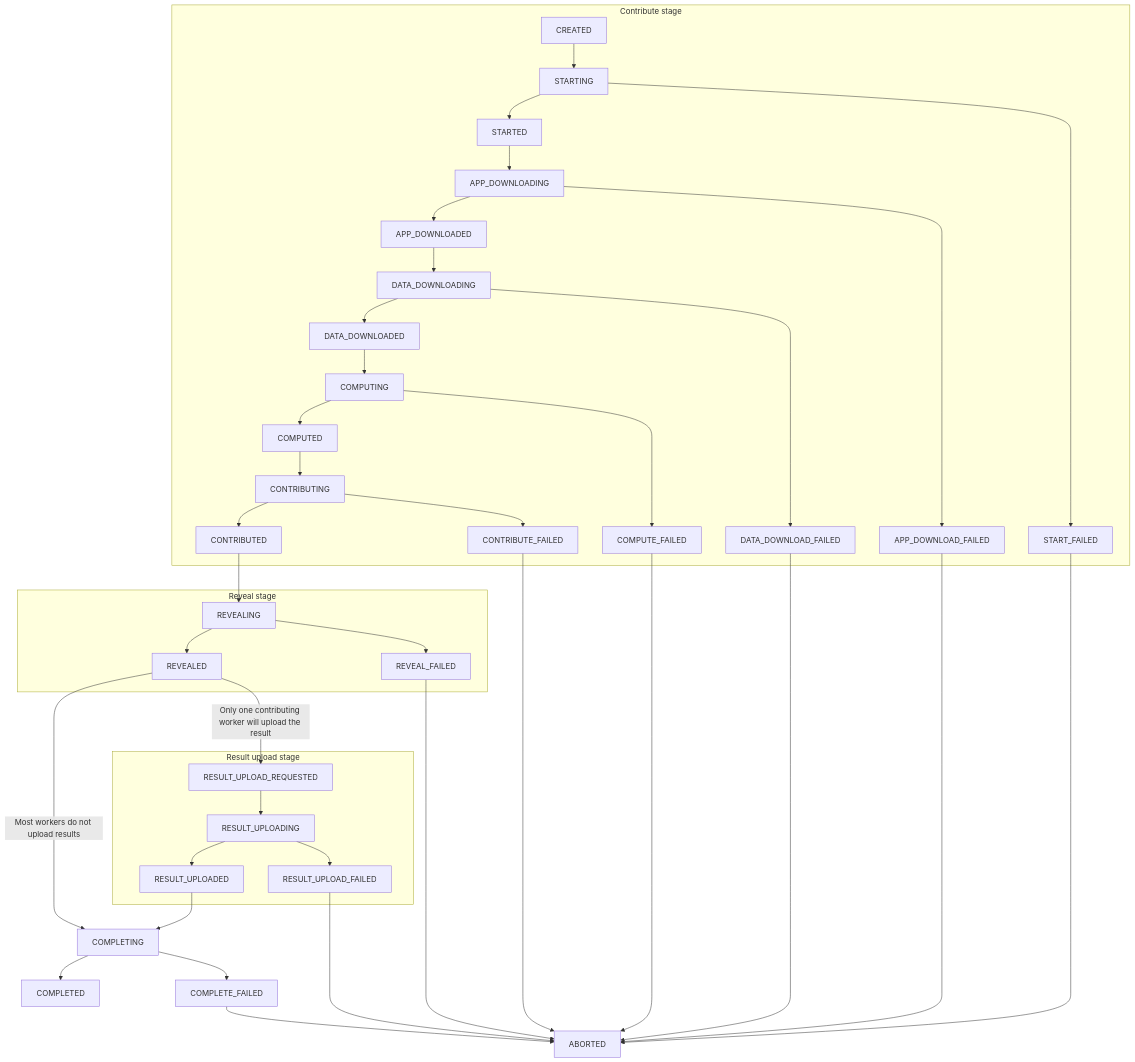
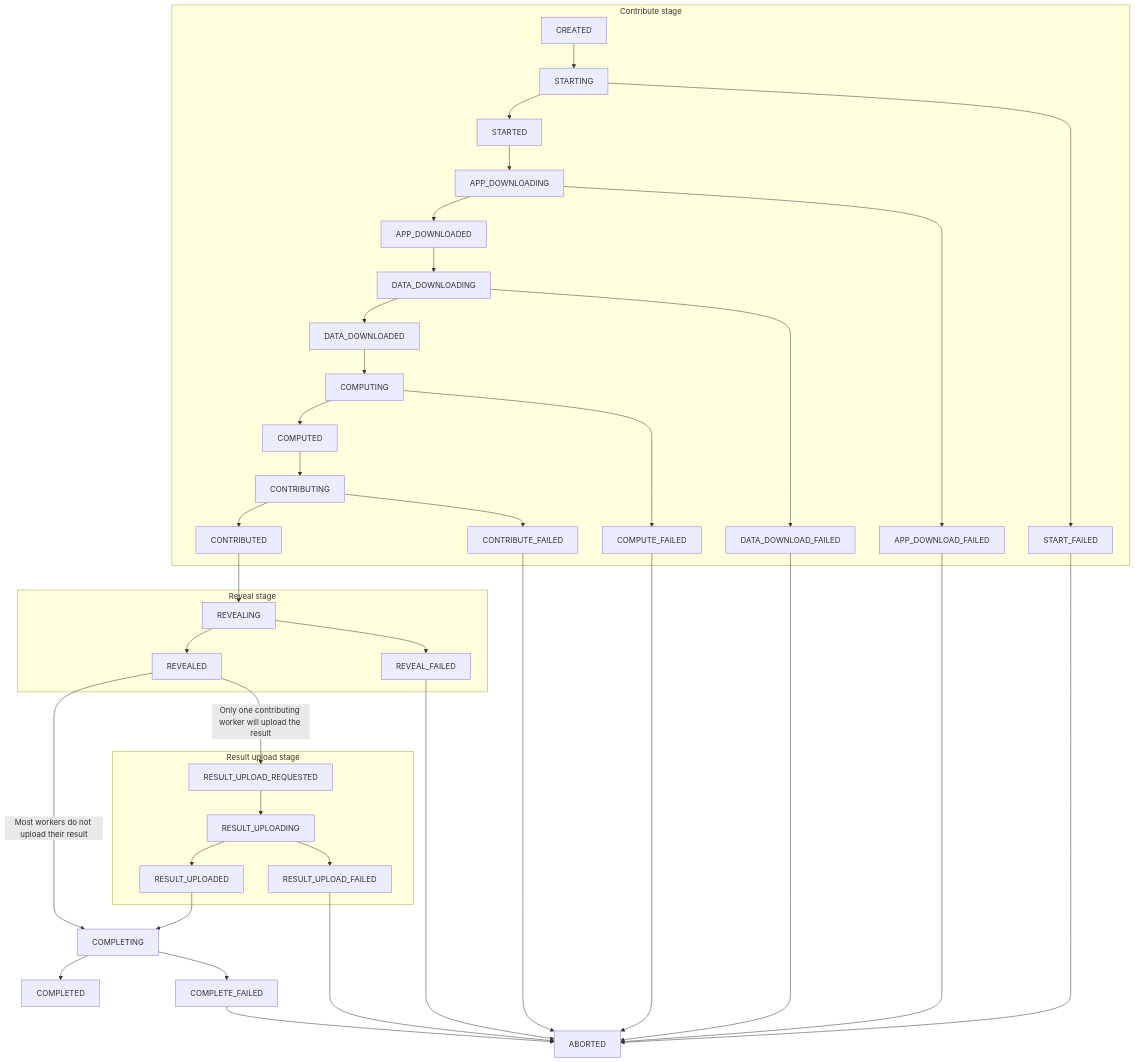
Before and after one commit to iExecBlockchainComputing/documentation: the diagram in for-developers/advanced/task-feedback.md, drawn with Mermaid.

Commit message:
Fix label on `REVEALED` to `COMPLETING` transition

````diff
--- a/for-developers/advanced/task-feedback.md
+++ b/for-developers/advanced/task-feedback.md
@@ -74,50 +74,50 @@
 ```mermaid
 flowchart
 
 subgraph Contribute stage
     CREATED --> STARTING
     STARTING --> STARTED
     STARTED --> APP_DOWNLOADING
     APP_DOWNLOADING --> APP_DOWNLOADED
     APP_DOWNLOADED --> DATA_DOWNLOADING
     DATA_DOWNLOADING --> DATA_DOWNLOADED
     DATA_DOWNLOADED --> COMPUTING
     COMPUTING --> COMPUTED
     COMPUTED --> CONTRIBUTING
     CONTRIBUTING --> CONTRIBUTED
 
     STARTING --> START_FAILED
     APP_DOWNLOADING --> APP_DOWNLOAD_FAILED
     DATA_DOWNLOADING --> DATA_DOWNLOAD_FAILED
     COMPUTING --> COMPUTE_FAILED
     CONTRIBUTING --> CONTRIBUTE_FAILED
 end
 
 subgraph Reveal stage
     CONTRIBUTED --> REVEALING
     REVEALING --> REVEALED
     REVEALING --> REVEAL_FAILED
 end
 
 subgraph Result upload stage
     REVEALED -- Only one contributing worker will upload the result --> RESULT_UPLOAD_REQUESTED
     RESULT_UPLOAD_REQUESTED --> RESULT_UPLOADING
     RESULT_UPLOADING --> RESULT_UPLOADED
     RESULT_UPLOADING --> RESULT_UPLOAD_FAILED
 end
 
 RESULT_UPLOADED --> COMPLETING
-REVEALED -- Most workers do not upload results --> COMPLETING
+REVEALED -- Most workers do not upload their result --> COMPLETING
 COMPLETING --> COMPLETED
 
 COMPLETING --> COMPLETE_FAILED
 
 START_FAILED --> ABORTED
 APP_DOWNLOAD_FAILED --> ABORTED
 DATA_DOWNLOAD_FAILED --> ABORTED
 COMPUTE_FAILED --> ABORTED
 CONTRIBUTE_FAILED --> ABORTED
 REVEAL_FAILED --> ABORTED
 RESULT_UPLOAD_FAILED --> ABORTED
 COMPLETE_FAILED --> ABORTED
 ```
````
